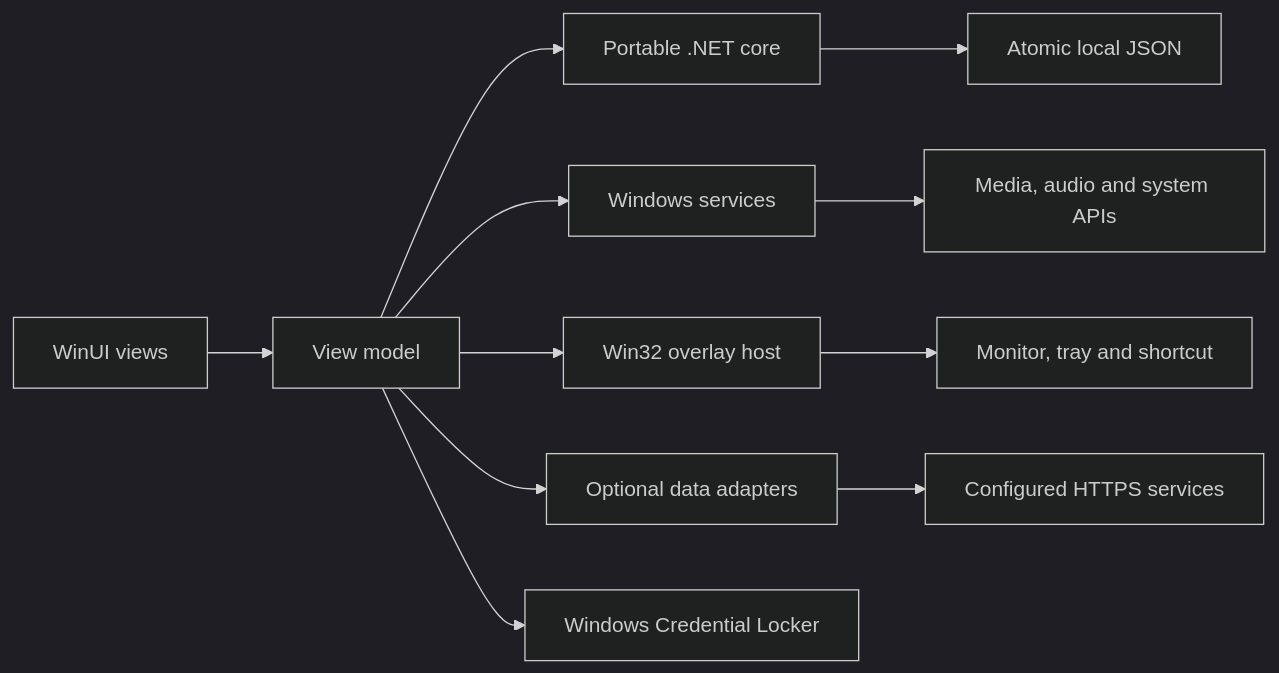
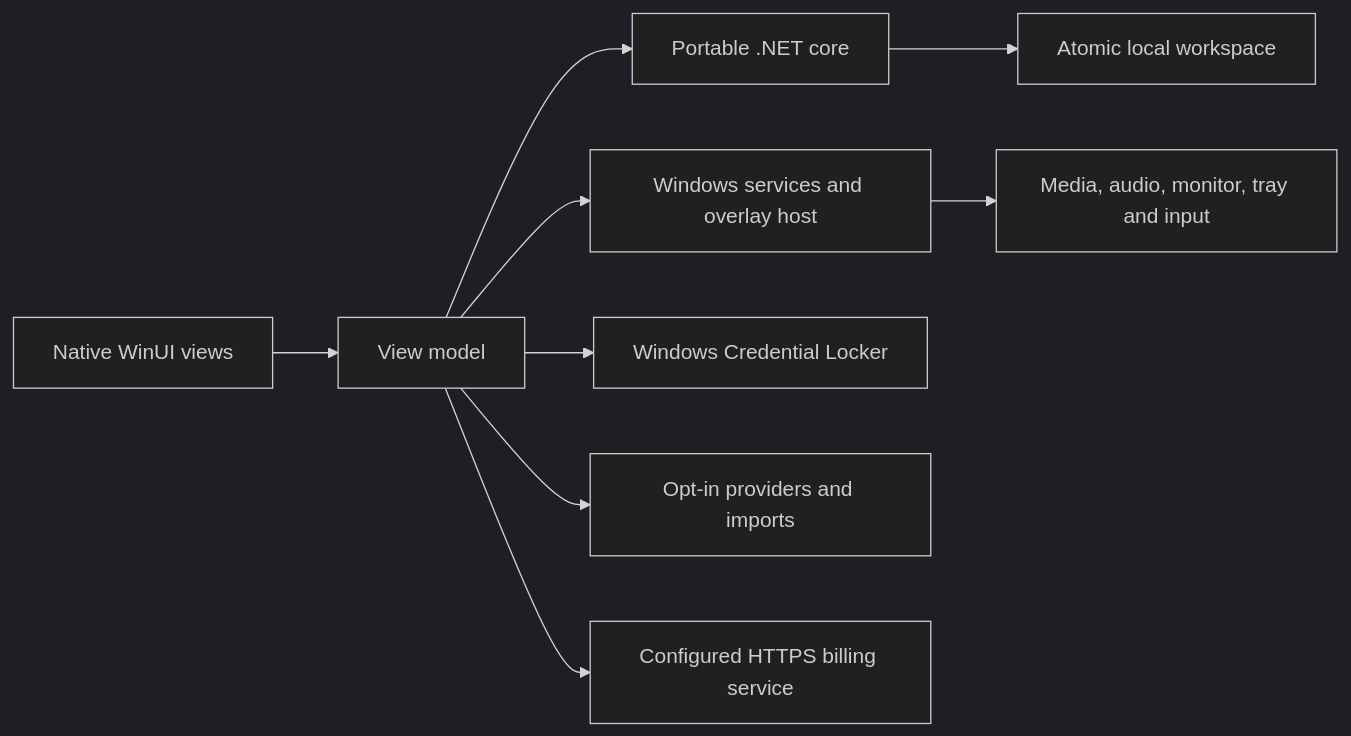
One commit to Sury2797/Notchling changed the diagram in README.md. Above: the diagram before and after it, drawn with Mermaid (dark theme). The commit also changed other lines of this file and 48 other files, not shown here.

````diff
--- a/README.md
+++ b/README.md
@@ -208,13 +202,11 @@
 ```mermaid
 flowchart LR
-    UI[WinUI views] --> VM[View model]
+    Views[Native WinUI views] --> VM[View model]
     VM --> Core[Portable .NET core]
-    VM --> Services[Windows services]
-    VM --> Host[Win32 overlay host]
-    Core --> Storage[Atomic local JSON]
-    Services --> OS[Media, audio and system APIs]
-    Host --> Shell[Monitor, tray and shortcut]
-    VM --> Providers[Optional data adapters]
-    Providers --> HTTP[Configured HTTPS services]
+    VM --> Native[Windows services and overlay host]
+    Core --> Disk[Atomic local workspace]
+    Native --> OS[Media, audio, monitor, tray and input]
     VM --> Vault[Windows Credential Locker]
+    VM --> Adapters[Opt-in providers and imports]
+    VM --> Billing[Configured HTTPS billing service]
 ```
````
